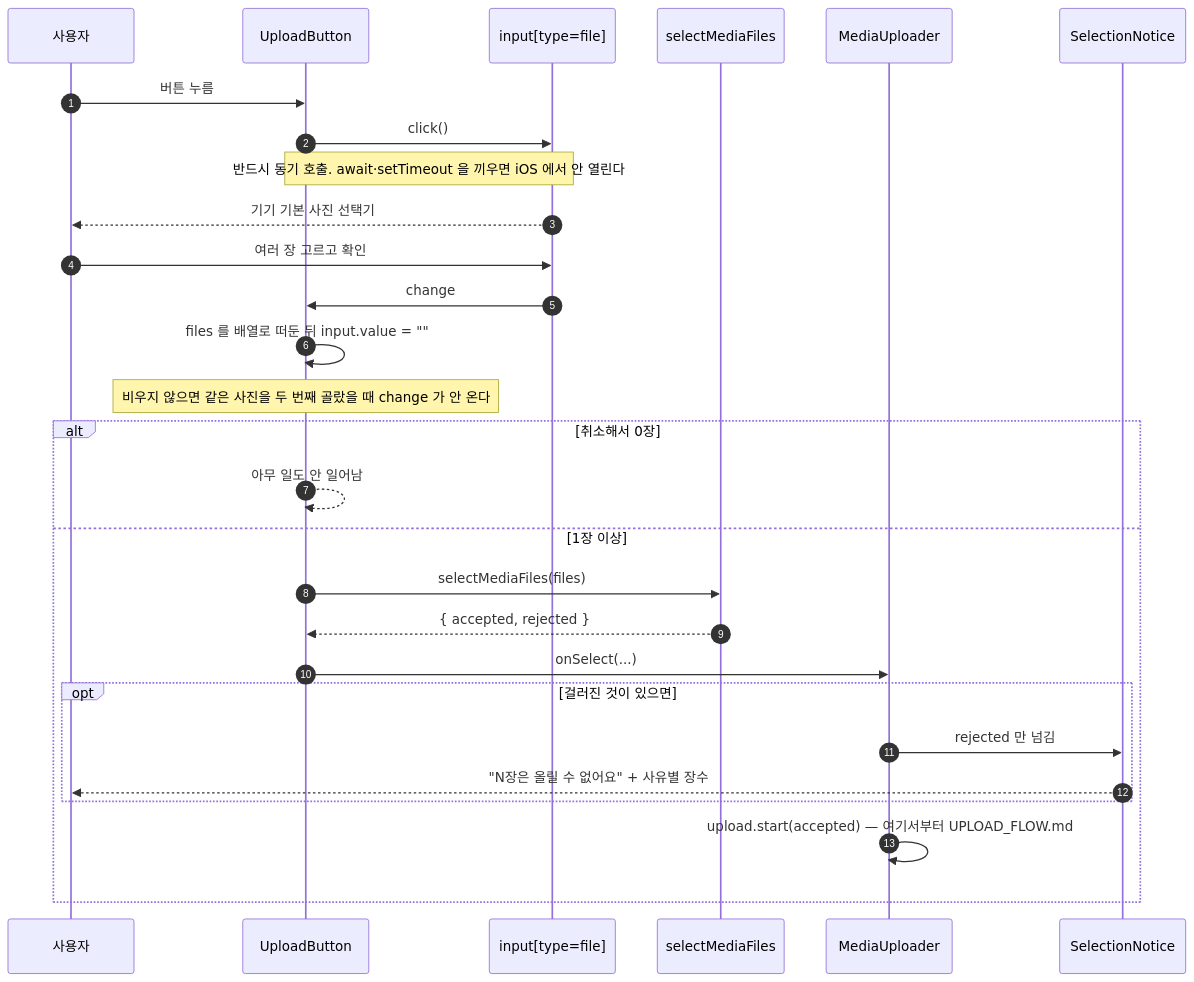
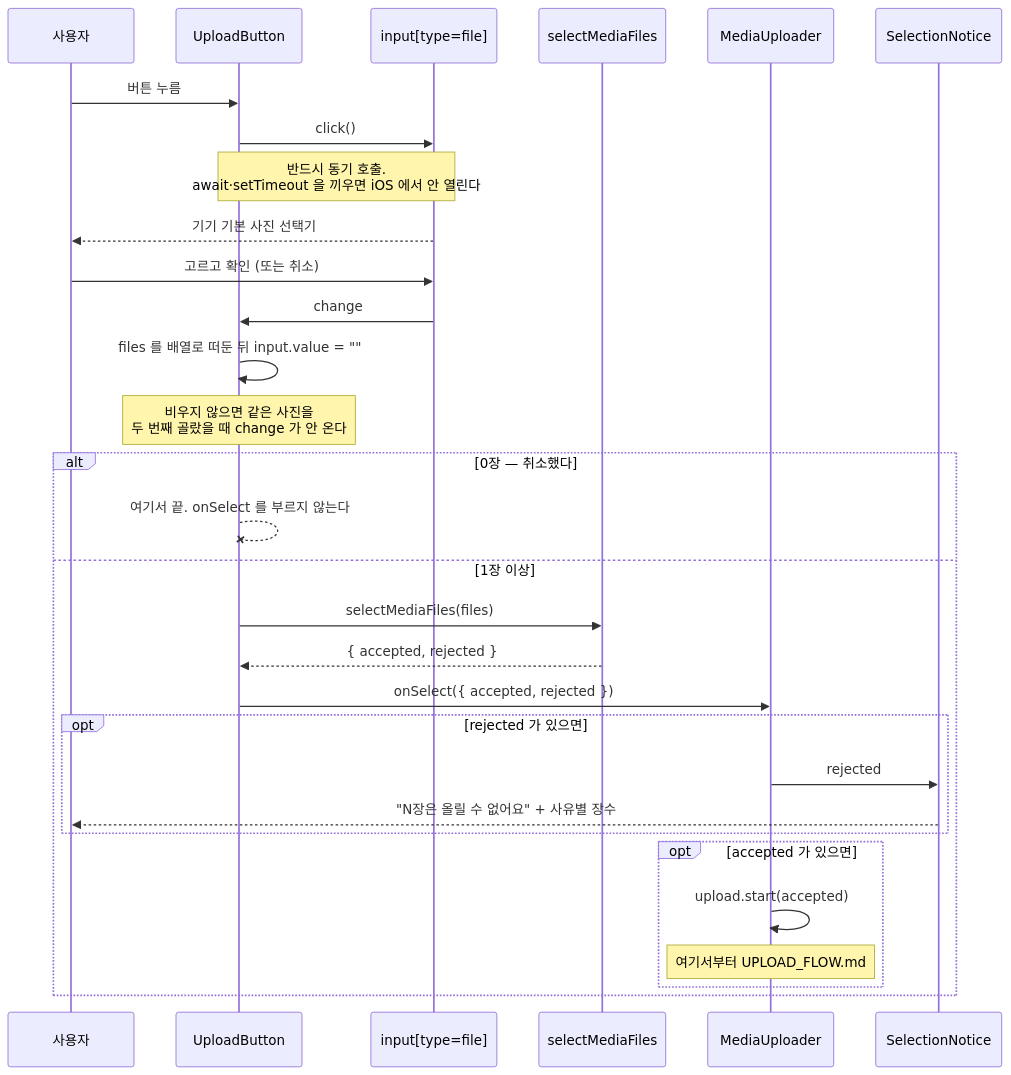
One commit to woowacourse-teams/2026-sssOK changed the diagram in docs/frontend/MEDIA_PICKER.md. Above: the diagram before and after it, drawn with Mermaid. The commit also changed other lines of this file and 3 other files, not shown here.

````diff
--- a/docs/frontend/MEDIA_PICKER.md
+++ b/docs/frontend/MEDIA_PICKER.md
@@ -33,35 +47,37 @@
 ```mermaid
 sequenceDiagram
-    autonumber
     participant U as 사용자
     participant B as UploadButton
     participant I as input[type=file]
     participant S as selectMediaFiles
     participant M as MediaUploader
     participant N as SelectionNotice
 
     U->>B: 버튼 누름
     B->>I: click()
-    Note over B,I: 반드시 동기 호출. await·setTimeout 을 끼우면 iOS 에서 안 열린다
+    Note over B,I: 반드시 동기 호출.<br/>await·setTimeout 을 끼우면 iOS 에서 안 열린다
     I-->>U: 기기 기본 사진 선택기
-    U->>I: 여러 장 고르고 확인
+    U->>I: 고르고 확인 (또는 취소)
+    I->>B: change
 
-    I->>B: change
     B->>B: files 를 배열로 떠둔 뒤 input.value = ""
-    Note over B: 비우지 않으면 같은 사진을 두 번째 골랐을 때 change 가 안 온다
+    Note over B: 비우지 않으면 같은 사진을<br/>두 번째 골랐을 때 change 가 안 온다
 
-    alt 취소해서 0장
-        B-->>B: 아무 일도 안 일어남
+    alt 0장 — 취소했다
+        B--xB: 여기서 끝. onSelect 를 부르지 않는다
     else 1장 이상
         B->>S: selectMediaFiles(files)
         S-->>B: { accepted, rejected }
-        B->>M: onSelect(...)
+        B->>M: onSelect({ accepted, rejected })
 
-        opt 걸러진 것이 있으면
-            M->>N: rejected 만 넘김
+        opt rejected 가 있으면
+            M->>N: rejected
             N-->>U: "N장은 올릴 수 없어요" + 사유별 장수
         end
 
-        M->>M: upload.start(accepted) — 여기서부터 UPLOAD_FLOW.md
+        opt accepted 가 있으면
+            M->>M: upload.start(accepted)
+            Note over M: 여기서부터 UPLOAD_FLOW.md
+        end
     end
 ```
````
